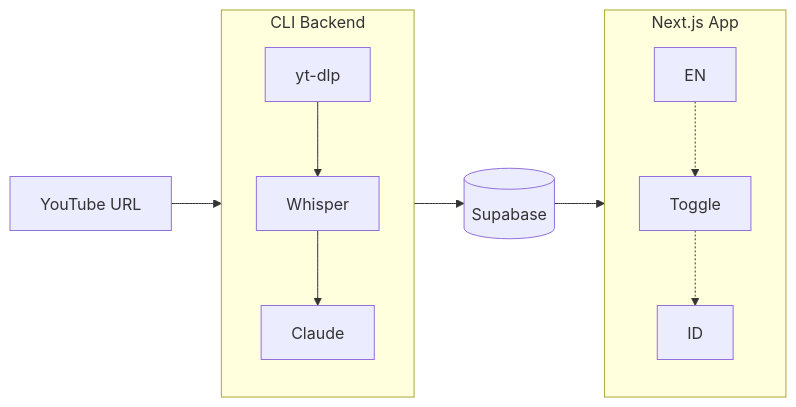
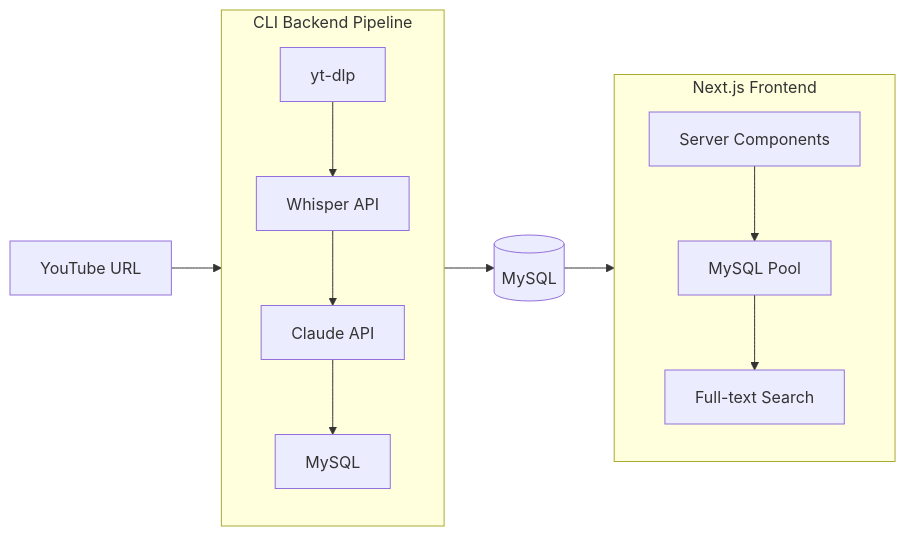
Before and after one commit to ad17-2/catatan-firman: the diagram in README.md, drawn with Mermaid. The commit also changed other lines of this file, not shown here.

Commit message:
docs: comprehensive README with architecture, setup, and security details

````diff
--- a/README.md
+++ b/README.md
@@ -12,16 +18,17 @@
 ```mermaid
 flowchart LR
     A[YouTube URL] --> B[CLI Backend]
-    B --> C[(Supabase)]
+    B --> C[(MySQL)]
     C --> D[Next.js App]
 
-    subgraph B[CLI Backend]
-        B1[yt-dlp] --> B2[Whisper]
-        B2 --> B3[Claude]
+    subgraph B[CLI Backend Pipeline]
+        B1[yt-dlp] --> B2[Whisper API]
+        B2 --> B3[Claude API]
+        B3 --> B4[MySQL]
     end
 
-    subgraph D[Next.js App]
-        D1[EN] -.-> D2[Toggle]
-        D2 -.-> D3[ID]
+    subgraph D[Next.js Frontend]
+        D1[Server Components] --> D2[MySQL Pool]
+        D2 --> D3[Full-text Search]
     end
 ```
````
